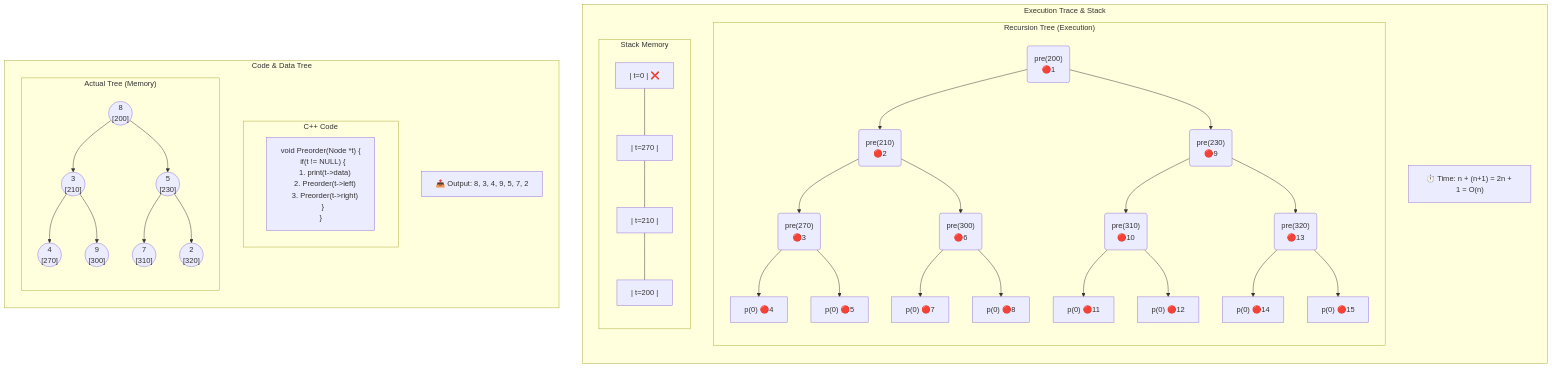
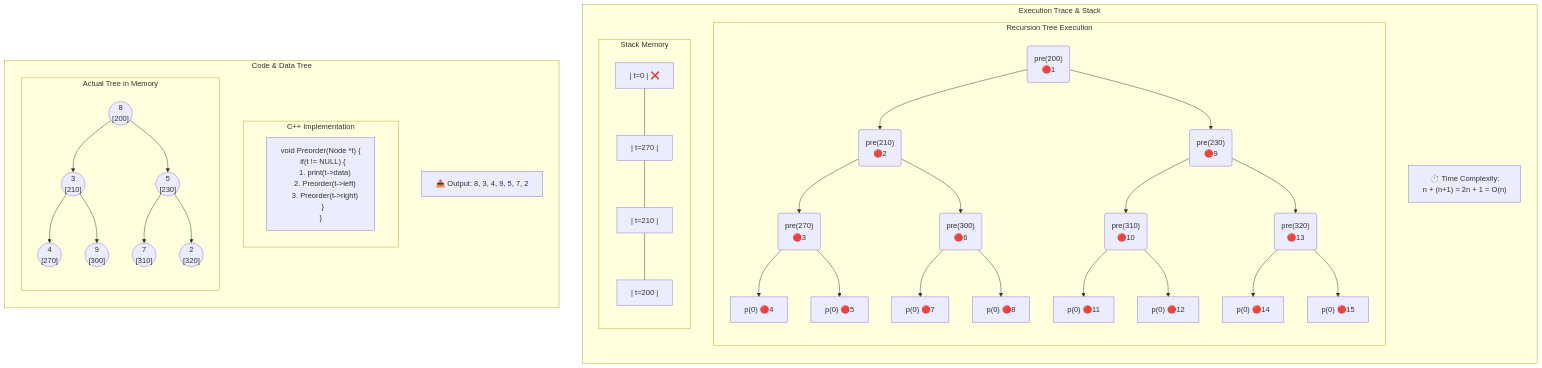
The second of 5 diagrams in README.md (HashimAbdulaziz/DataStructures_ITICourseLabs), drawn with Mermaid before and after one commit. The commit also changed other lines of this file, not shown here.

````diff
--- a/README.md
+++ b/README.md
@@ -265,78 +137,78 @@
 ```mermaid
 flowchart TB
     %% --- Layout Definitions ---
     subgraph LeftColumn ["Execution Trace & Stack"]
         direction TB
 
         %% 1. The Recursion Tree (Top Left)
-        subgraph Trace ["Recursion Tree (Execution)"]
+        subgraph Trace ["Recursion Tree Execution"]
             direction TB
             N1("pre(200)<br/>🔴1")
             
             %% Level 2
             N2("pre(210)<br/>🔴2")
             N9("pre(230)<br/>🔴9")
             
             %% Level 3 (Left Subtree)
             N3("pre(270)<br/>🔴3")
             N6("pre(300)<br/>🔴6")
             
             %% Level 3 (Right Subtree)
             N10("pre(310)<br/>🔴10")
             N13("pre(320)<br/>🔴13")
 
             %% Connections
             N1 --> N2 & N9
             N2 --> N3 & N6
             N9 --> N10 & N13
 
             %% Leaves (Null Calls)
             N3 --> L1["p(0) 🔴4"] & L2["p(0) 🔴5"]
             N6 --> L3["p(0) 🔴7"] & L4["p(0) 🔴8"]
             N10 --> L5["p(0) 🔴11"] & L6["p(0) 🔴12"]
             N13 --> L7["p(0) 🔴14"] & L8["p(0) 🔴15"]
         end
 
         %% 2. The Stack (Bottom Left)
         subgraph Stack ["Stack Memory"]
             direction BT
             S1["| t=200 |"] 
             S2["| t=210 |"]
             S3["| t=270 |"]
             S4["| t=0 | ❌"]
             
             S1 --- S2 --- S3 --- S4
         end
         
-        Complexity["⏱️ Time: n + (n+1) = 2n + 1 = O(n)"]
+        Complexity["⏱️ Time Complexity:<br/>n + (n+1) = 2n + 1 = O(n)"]
     end
 
     %% --- Right Column ---
     subgraph RightColumn ["Code & Data Tree"]
         direction TB
         
         %% 3. Code Snippet (Top Right)
-        subgraph Code ["C++ Code"]
+        subgraph Code ["C++ Implementation"]
             CodeBlock["void Preorder(Node *t) {<br/>&nbsp;&nbsp;if(t != NULL) {<br/>&nbsp;&nbsp;&nbsp;&nbsp;1. print(t->data)<br/>&nbsp;&nbsp;&nbsp;&nbsp;2. Preorder(t->left)<br/>&nbsp;&nbsp;&nbsp;&nbsp;3. Preorder(t->right)<br/>&nbsp;&nbsp;}<br/>}"]
         end
 
         %% 4. Data Tree (Bottom Right)
-        subgraph DataTree ["Actual Tree (Memory)"]
+        subgraph DataTree ["Actual Tree in Memory"]
             direction TB
             ROOT(("8<br/>[200]"))
             L_Child(("3<br/>[210]"))
             R_Child(("5<br/>[230]"))
             
             LL(("4<br/>[270]"))
             LR(("9<br/>[300]"))
             RL(("7<br/>[310]"))
             RR(("2<br/>[320]"))
 
             ROOT --> L_Child & R_Child
             L_Child --> LL & LR
             R_Child --> RL & RR
         end
         
         Output["📤 Output: 8, 3, 4, 9, 5, 7, 2"]
     end
 ```
````
